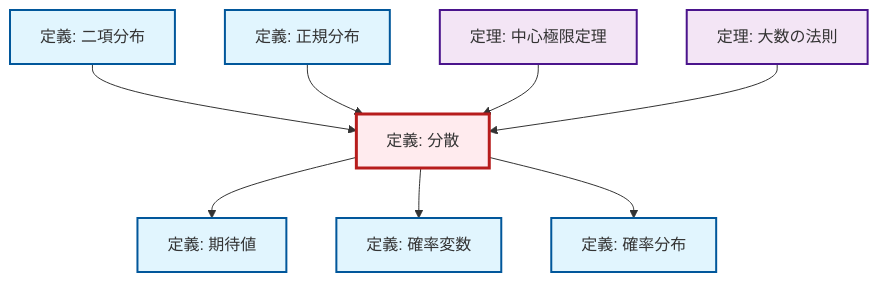
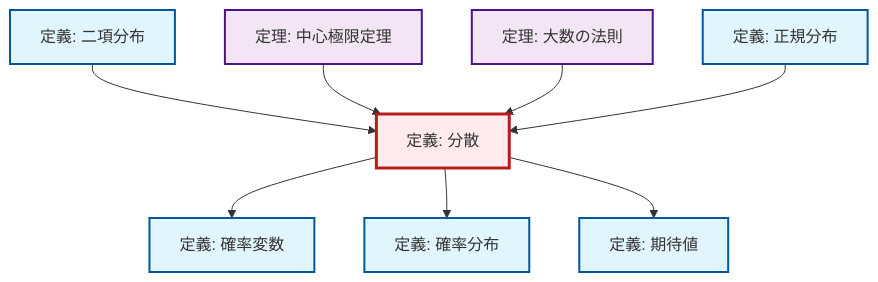
One commit to RK0429/ModernMath changed the second of 2 diagrams in content/ja/probability-statistics/def-variance.qmd. Above: the diagram before and after it, drawn with Mermaid. The commit also changed 672 other files, not shown here.

````diff
--- a/content/ja/probability-statistics/def-variance.qmd
+++ b/content/ja/probability-statistics/def-variance.qmd
@@ -103,32 +103,32 @@
 ```{mermaid}
-%%| fig-cap: "Local dependency graph"
+%%| fig-cap: "ローカル依存関係グラフ"
 graph TD
     classDef definition fill:#e1f5fe,stroke:#01579b,stroke-width:2px
     classDef theorem fill:#f3e5f5,stroke:#4a148c,stroke-width:2px
     classDef axiom fill:#fff3e0,stroke:#e65100,stroke-width:2px
     classDef example fill:#e8f5e9,stroke:#1b5e20,stroke-width:2px
     classDef current fill:#ffebee,stroke:#b71c1c,stroke-width:3px
-    def-probability-distribution["定義: 確率分布"]:::definition
-    def-expectation["定義: 期待値"]:::definition
-    def-random-variable["定義: 確率変数"]:::definition
+    def-normal-distribution["定義: 正規分布"]:::definition
     def-binomial-distribution["定義: 二項分布"]:::definition
     thm-law-of-large-numbers["定理: 大数の法則"]:::theorem
-    def-normal-distribution["定義: 正規分布"]:::definition
+    def-expectation["定義: 期待値"]:::definition
+    def-probability-distribution["定義: 確率分布"]:::definition
     thm-central-limit["定理: 中心極限定理"]:::theorem
     def-variance["定義: 分散"]:::definition
+    def-random-variable["定義: 確率変数"]:::definition
+    def-variance --> def-random-variable
+    def-variance --> def-probability-distribution
     def-binomial-distribution --> def-variance
-    def-normal-distribution --> def-variance
-    def-variance --> def-expectation
-    def-variance --> def-random-variable
     thm-central-limit --> def-variance
     thm-law-of-large-numbers --> def-variance
-    def-variance --> def-probability-distribution
+    def-variance --> def-expectation
+    def-normal-distribution --> def-variance
     class def-variance current
-    click def-probability-distribution "def-probability-distribution.html" "確率分布の定義へ"
-    click def-expectation "def-expectation.html" "期待値の定義へ"
-    click def-random-variable "def-random-variable.html" "確率変数の定義へ"
+    click def-normal-distribution "def-normal-distribution.html" "正規分布の定義へ"
     click def-binomial-distribution "def-binomial-distribution.html" "二項分布の定義へ"
     click thm-law-of-large-numbers "thm-law-of-large-numbers.html" "大数の法則の定理へ"
-    click def-normal-distribution "def-normal-distribution.html" "正規分布の定義へ"
+    click def-expectation "def-expectation.html" "期待値の定義へ"
+    click def-probability-distribution "def-probability-distribution.html" "確率分布の定義へ"
     click thm-central-limit "thm-central-limit.html" "中心極限定理の定理へ"
+    click def-random-variable "def-random-variable.html" "確率変数の定義へ"
 ```
````
